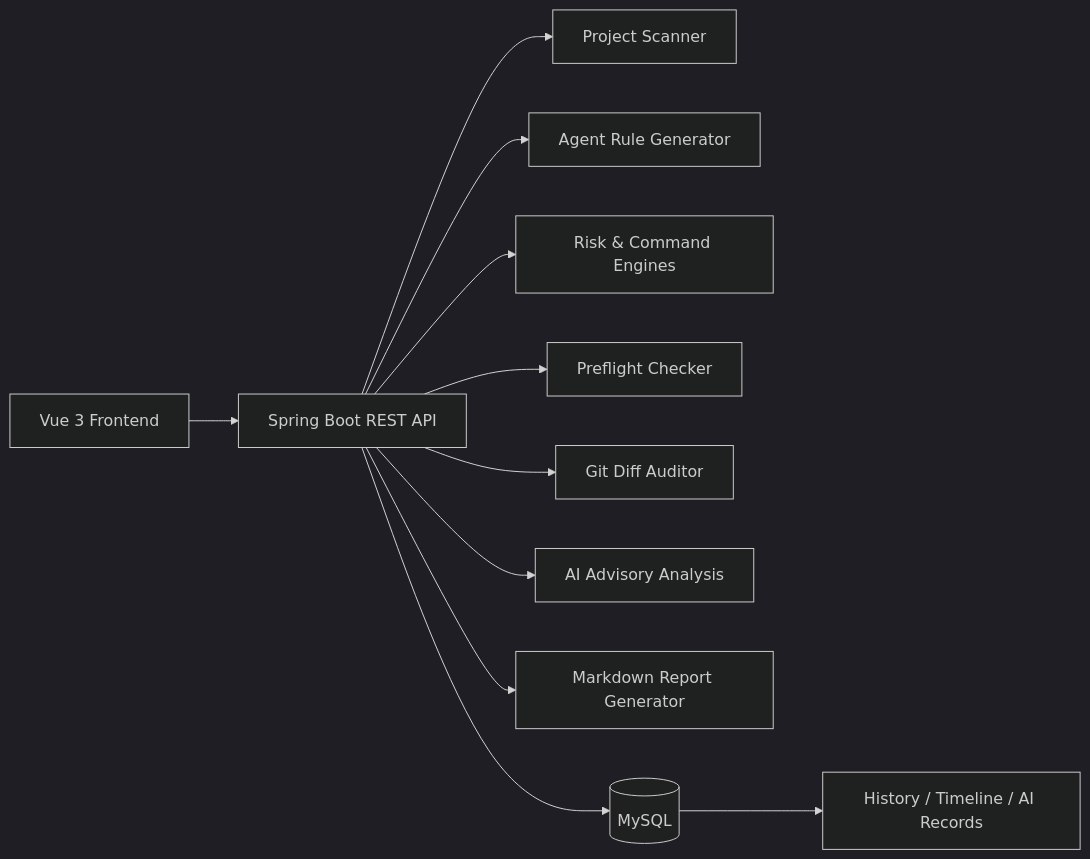
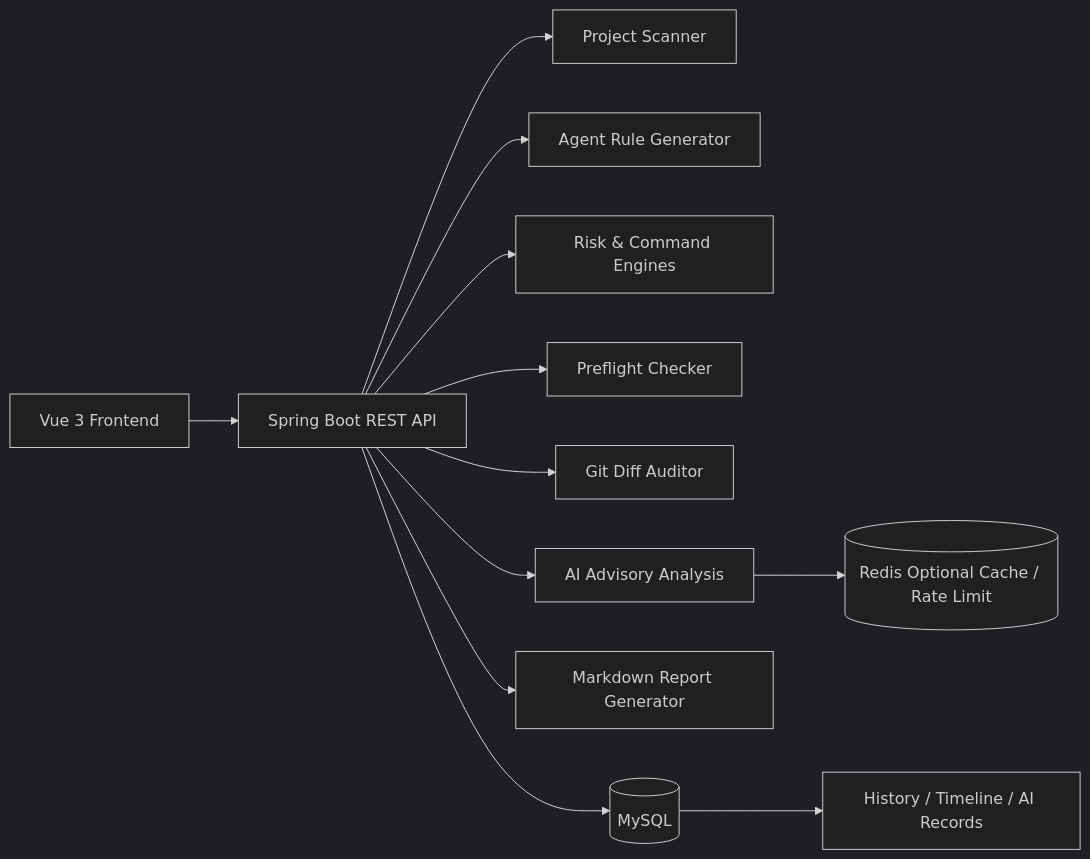
The diagram in README.md (Sj295/AgentGuard), drawn with Mermaid (dark theme) before and after one commit. The commit also changed other lines of this file and 46 other files, not shown here.

Commit message:
feat: add Redis-backed AI analysis cache and rate limits

````diff
--- a/README.md
+++ b/README.md
@@ -40,13 +42,14 @@
 ```mermaid
 flowchart LR
   UI["Vue 3 Frontend"] --> API["Spring Boot REST API"]
   API --> Scan["Project Scanner"]
   API --> Rules["Agent Rule Generator"]
   API --> Risk["Risk & Command Engines"]
   API --> Preflight["Preflight Checker"]
   API --> Git["Git Diff Auditor"]
   API --> AI["AI Advisory Analysis"]
+  AI --> Redis[("Redis Optional Cache / Rate Limit")]
   API --> Report["Markdown Report Generator"]
   API --> DB[("MySQL")]
   DB --> History["History / Timeline / AI Records"]
 ```
````
